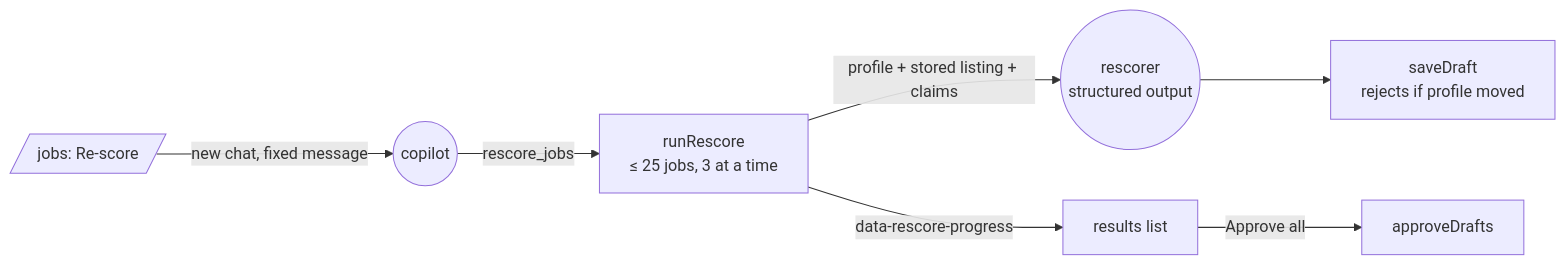
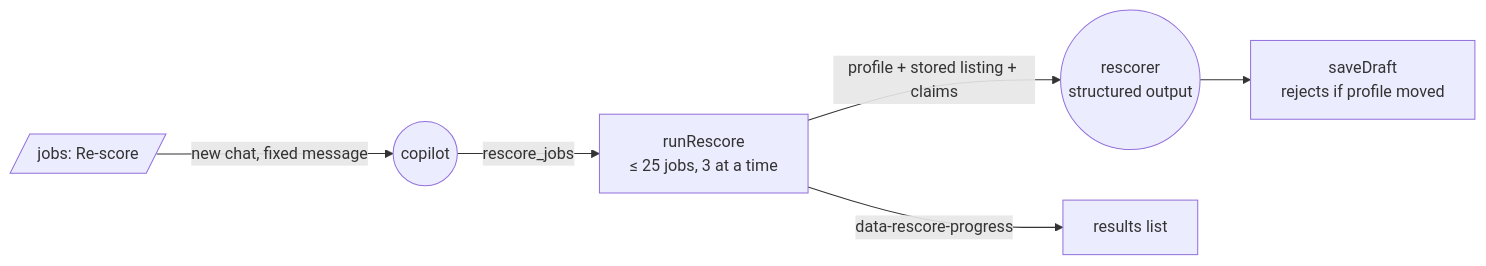
One commit to pppdns/job-agent-mastra changed the tenth of 13 diagrams in docs/architecture.md. Above: the diagram before and after it, drawn with Mermaid. The commit also changed other lines of this file and 9 other files, not shown here.

````diff
--- a/docs/architecture.md
+++ b/docs/architecture.md
@@ -308,9 +305,8 @@
 ```mermaid
 flowchart LR
   B[/jobs: Re-score/] -->|new chat, fixed message| C((copilot))
   C -->|rescore_jobs| R[runRescore<br/>≤ 25 jobs, 3 at a time]
   R -->|profile + stored listing + claims| A((rescorer<br/>structured output))
   A --> D[saveDraft<br/>rejects if profile moved]
   R -->|data-rescore-progress| UI[results list]
-  UI -->|Approve all| AP[approveDrafts]
 ```
````
